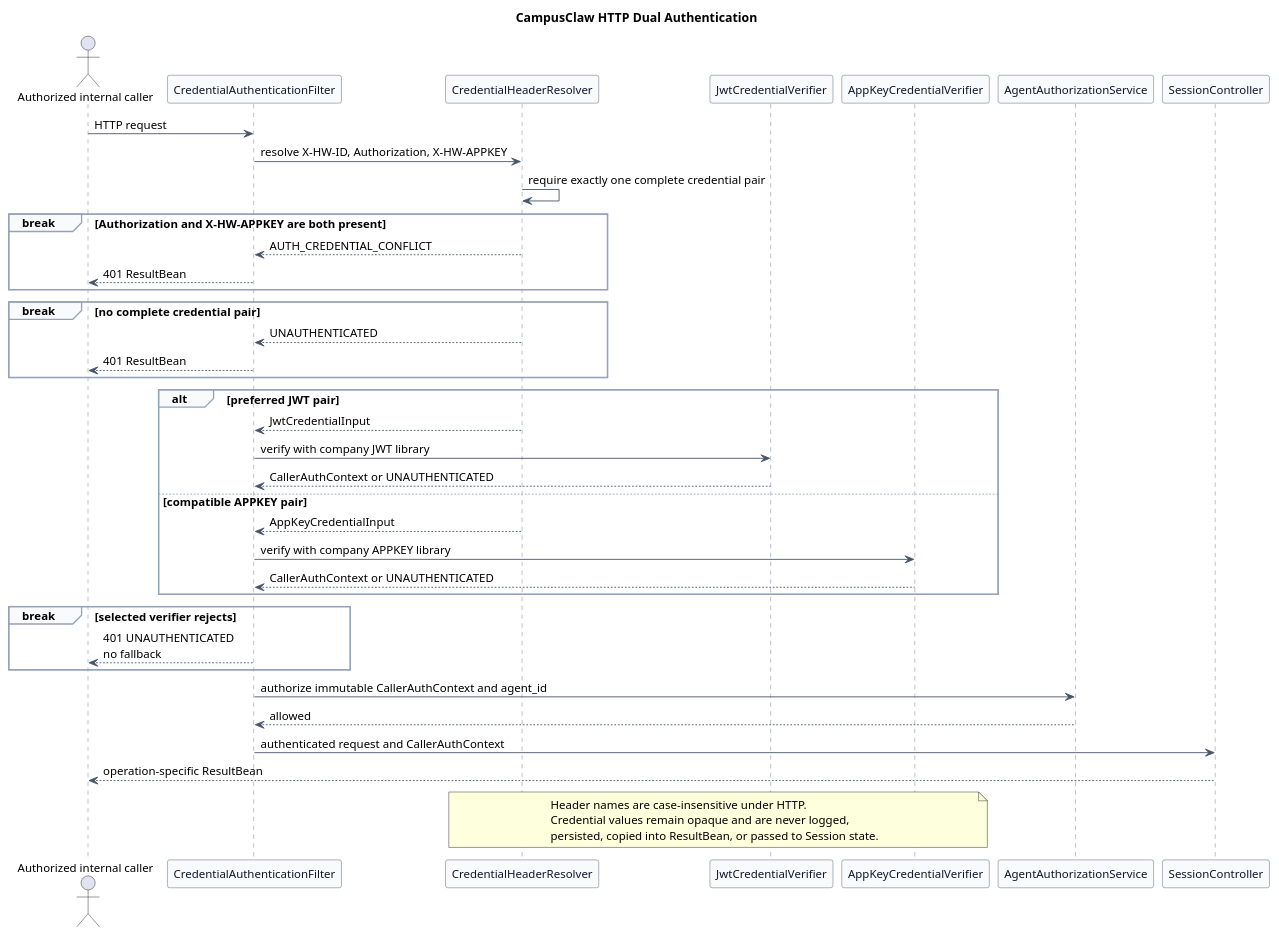
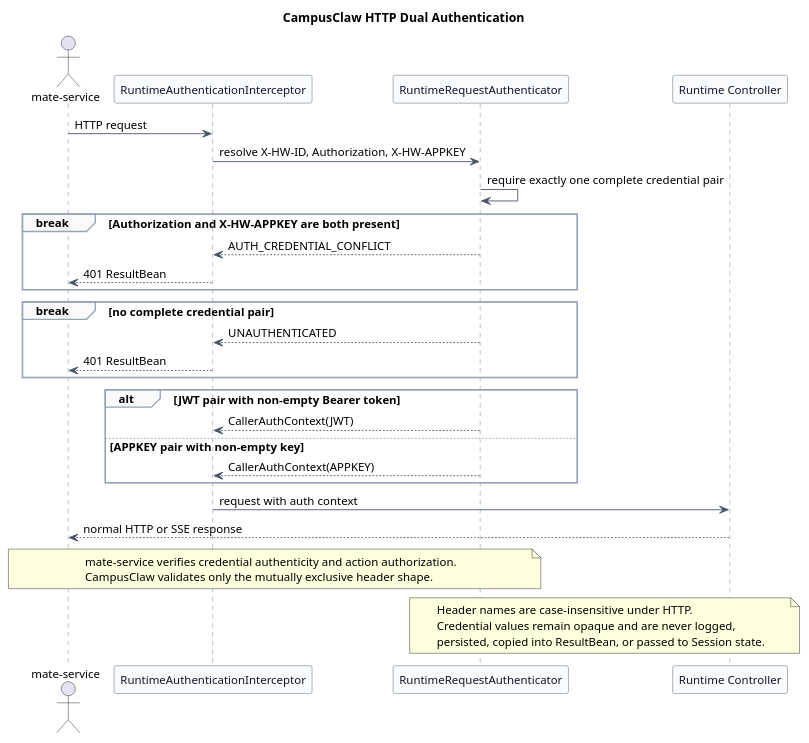
Before and after one commit to ssm0808/pi-mono-java-design: the eighth of 14 diagrams in pi-mono-java-manager-driven-multi-agent-runtime/diagram.puml, drawn with PlantUML. The commit also changed other lines of this file and 24 other files, not shown here.

Commit message:
docs: align CampusClaw HTTP V1 with implementation

```diff
--- a/pi-mono-java-manager-driven-multi-agent-runtime/diagram.puml
+++ b/pi-mono-java-manager-driven-multi-agent-runtime/diagram.puml
@@ -571,76 +545,66 @@
 @startuml http_dual_authentication
 title CampusClaw HTTP Dual Authentication
 
-' Source evidence:
-' pi-mono-java modules/coding-agent-cli/src/main/java/com/campusclaw/codingagent/mode/server/ServerMode.java: buildRoutes lines 237-274, wireServerRoutes lines 285-307, applyCorsHeaders lines 340-344
-' pi-mono-java modules/agent-core/src/main/java/com/campusclaw/agent/subagent/a2a/A2aAgentBackend.java: HEADER_HW_ID and HEADER_HW_APPKEY lines 60-62, buildRequest lines 226-238
-' Observed behavior: current inbound HTTP routes do not install an authentication adapter.
-' Observed behavior: outbound A2A calls already send X-HW-ID and X-HW-APPKEY.
-' Target-only company constraint: inbound JWT uses X-HW-ID and Authorization; APPKEY uses X-HW-ID and X-HW-APPKEY.
-' Security hardening: mixed credentials are rejected and a failed verifier never falls back to another mode.
-' Architecture change: both verifiers return one immutable CallerAuthContext for shared authorization.
+' Source evidence (pi-mono-java 8691e8800f05f28afe22499050c29220ef5b7475):
+' modules/coding-agent-cli/src/main/java/com/campusclaw/codingagent/runtimeapi/auth/RuntimeRequestAuthenticator.java.
+' modules/coding-agent-cli/src/main/java/com/campusclaw/codingagent/runtimeapi/web/RuntimeAuthenticationInterceptor.java.
+' Observed behavior: inbound JWT uses X-HW-ID and Authorization; APPKEY uses X-HW-ID and X-HW-APPKEY.
+' Observed behavior: CampusClaw validates header shape only and never treats the credential ID as session ownership.
+' Security boundary: mate-service verifies credential authenticity and action authorization before forwarding.
 
 skinparam backgroundColor #FFFFFF
 skinparam shadowing false
 skinparam defaultFontName Arial
 skinparam defaultFontSize 13
 skinparam participant {
   BackgroundColor #F8FAFC
   BorderColor #475569
   FontColor #0F172A
 }
 skinparam ArrowColor #475569
 skinparam sequence {
   LifeLineBorderColor #64748B
   LifeLineBackgroundColor #F8FAFC
   GroupBorderColor #94A3B8
   GroupBackgroundColor #F8FAFC
 }
 
-actor "Authorized internal caller" as Caller
-participant "CredentialAuthenticationFilter" as Filter
-participant "CredentialHeaderResolver" as Resolver
-participant "JwtCredentialVerifier" as Jwt
-participant "AppKeyCredentialVerifier" as AppKey
-participant "AgentAuthorizationService" as Authorization
-participant "SessionController" as Controller
+actor "mate-service" as Caller
+participant "RuntimeAuthenticationInterceptor" as Filter
+participant "RuntimeRequestAuthenticator" as Resolver
+participant "Runtime Controller" as Controller
 
 Caller -> Filter : HTTP request
 Filter -> Resolver : resolve X-HW-ID, Authorization, X-HW-APPKEY
 Resolver -> Resolver : require exactly one complete credential pair
 
 break Authorization and X-HW-APPKEY are both present
   Resolver --> Filter : AUTH_CREDENTIAL_CONFLICT
   Filter --> Caller : 401 ResultBean
 end
 
 break no complete credential pair
   Resolver --> Filter : UNAUTHENTICATED
   Filter --> Caller : 401 ResultBean
 end
 
-alt preferred JWT pair
-  Resolver --> Filter : JwtCredentialInput
-  Filter -> Jwt : verify with company JWT library
-  Jwt --> Filter : CallerAuthContext or UNAUTHENTICATED
-else compatible APPKEY pair
-  Resolver --> Filter : AppKeyCredentialInput
-  Filter -> AppKey : verify with company APPKEY library
-  AppKey --> Filter : CallerAuthContext or UNAUTHENTICATED
+alt JWT pair with non-empty Bearer token
+  Resolver --> Filter : CallerAuthContext(JWT)
+else APPKEY pair with non-empty key
+  Resolver --> Filter : CallerAuthContext(APPKEY)
 end
 
-break selected verifier rejects
-  Filter --> Caller : 401 UNAUTHENTICATED\nno fallback
-end
+Filter -> Controller : request with auth context
+Controller --> Caller : normal HTTP or SSE response
 
-Filter -> Authorization : authorize immutable CallerAuthContext and agent_id
-Authorization --> Filter : allowed
-Filter -> Controller : authenticated request and CallerAuthContext
-Controller --> Caller : operation-specific ResultBean
+note over Caller,Resolver
+mate-service verifies credential authenticity and action authorization.
+CampusClaw validates only the mutually exclusive header shape.
+end note
 
-note over Resolver,AppKey
+note over Resolver,Controller
 Header names are case-insensitive under HTTP.
 Credential values remain opaque and are never logged,
 persisted, copied into ResultBean, or passed to Session state.
 end note
 @enduml
```
